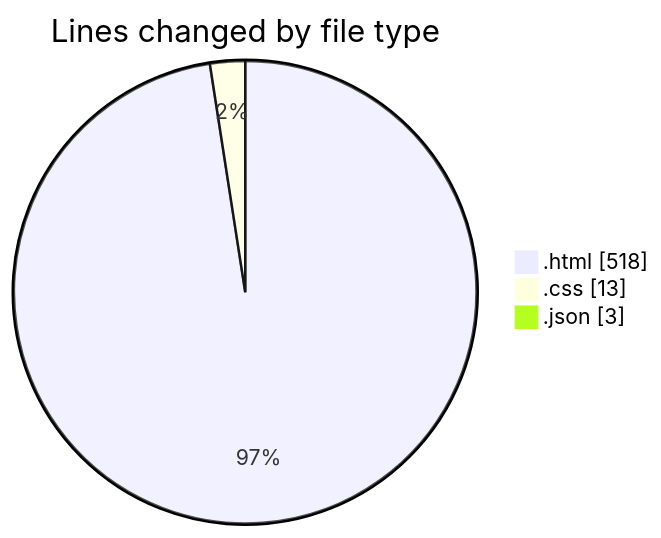
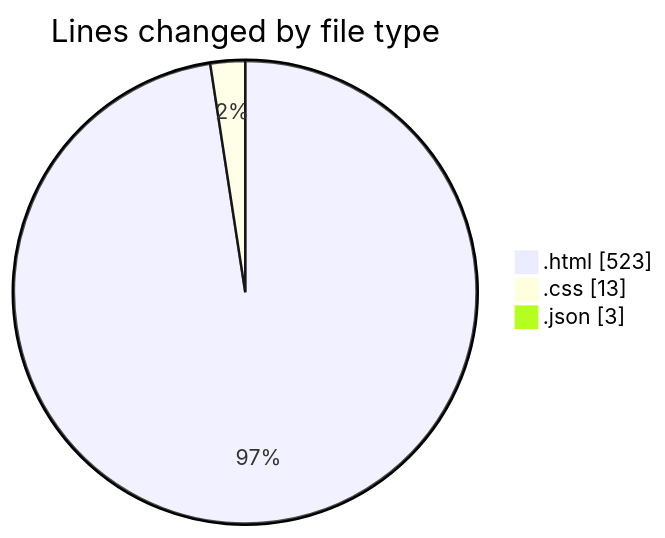
Before and after one commit to hasnaa123/code-tracking: the first of 2 diagrams in 2025-12-11/technologie_web/README.md, drawn with Mermaid. The commit also changed other lines of this file and 1 other file, not shown here.

````diff
--- a/2025-12-11/technologie_web/README.md
+++ b/2025-12-11/technologie_web/README.md
@@ -23,7 +23,7 @@
 ```mermaid
 pie showData
 title Lines changed by file type
-".html" : 518
+".html" : 523
 ".css" : 13
 ".json" : 3
 ```
````
